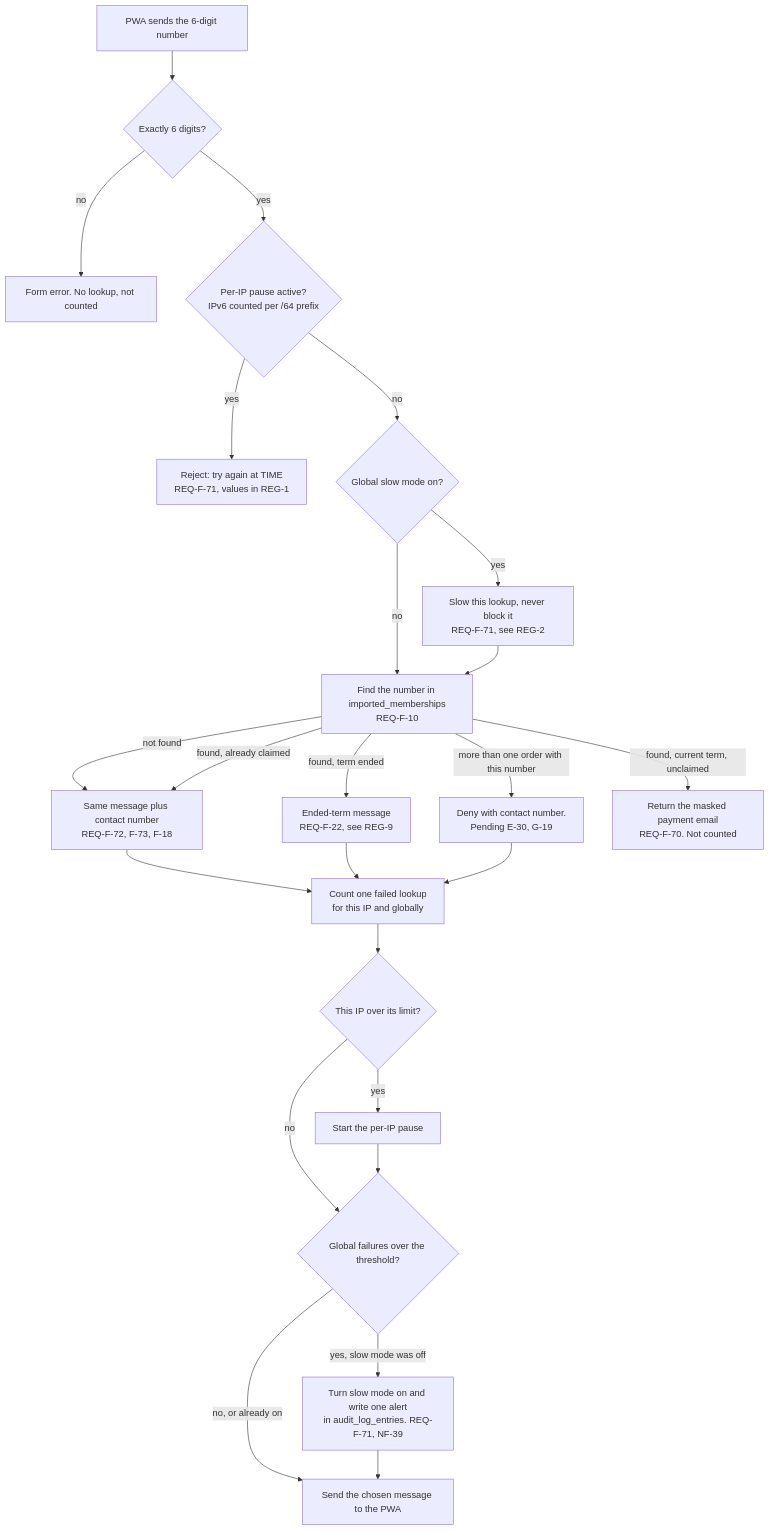
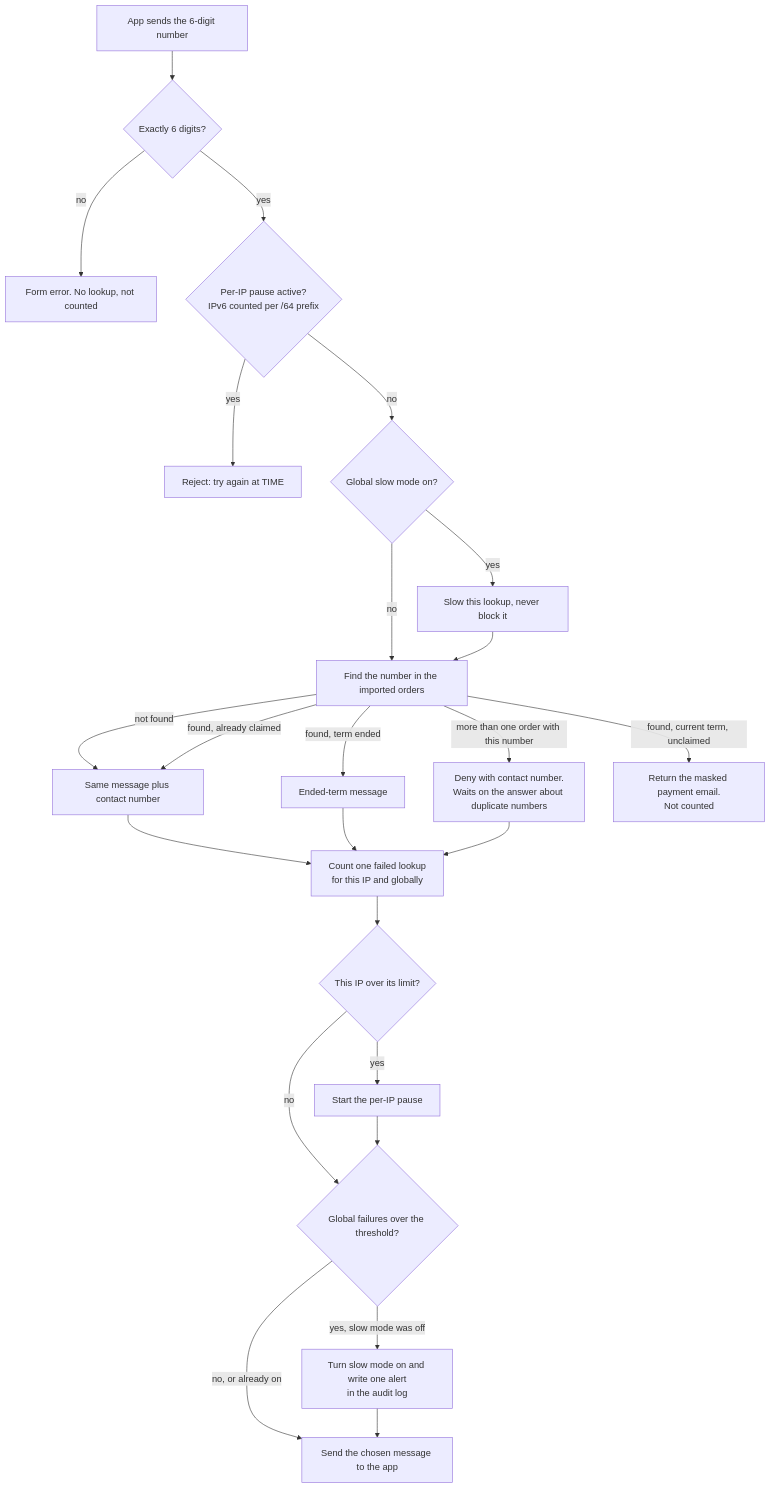
One commit to Th3-Minorities/natatorio-gym-app changed the second of 9 diagrams in docs/design/registration-flows.md. Above: the diagram before and after it, drawn with Mermaid. The commit also changed other lines of this file, not shown here.

Commit message:
Use an email link for "I am an athlete" and delete photos on undo

````diff
--- a/docs/design/registration-flows.md
+++ b/docs/design/registration-flows.md
@@ -45,26 +49,26 @@
 ```mermaid
 flowchart TD
-  IN["PWA sends the 6-digit number"] --> FMT{"Exactly 6 digits?"}
+  IN["App sends the 6-digit number"] --> FMT{"Exactly 6 digits?"}
   FMT -->|"no"| X0["Form error. No lookup, not counted"]
   FMT -->|"yes"| IPP{"Per-IP pause active?<br/>IPv6 counted per /64 prefix"}
-  IPP -->|"yes"| X1["Reject: try again at TIME<br/>REQ-F-71, values in REG-1"]
+  IPP -->|"yes"| X1["Reject: try again at TIME"]
   IPP -->|"no"| SLOW{"Global slow mode on?"}
-  SLOW -->|"yes"| WAIT["Slow this lookup, never block it<br/>REQ-F-71, see REG-2"]
+  SLOW -->|"yes"| WAIT["Slow this lookup, never block it"]
   SLOW -->|"no"| Q
-  WAIT --> Q["Find the number in imported_memberships<br/>REQ-F-10"]
-  Q -->|"not found"| FAIL["Same message plus contact number<br/>REQ-F-72, F-73, F-18"]
+  WAIT --> Q["Find the number in the imported orders"]
+  Q -->|"not found"| FAIL["Same message plus contact number"]
   Q -->|"found, already claimed"| FAIL
-  Q -->|"more than one order with this number"| DUP["Deny with contact number.<br/>Pending E-30, G-19"]
-  Q -->|"found, term ended"| ENDED["Ended-term message<br/>REQ-F-22, see REG-9"]
-  Q -->|"found, current term, unclaimed"| GOOD["Return the masked payment email<br/>REQ-F-70. Not counted"]
+  Q -->|"more than one order with this number"| DUP["Deny with contact number.<br/>Waits on the answer about duplicate numbers"]
+  Q -->|"found, term ended"| ENDED["Ended-term message"]
+  Q -->|"found, current term, unclaimed"| GOOD["Return the masked payment email.<br/>Not counted"]
   FAIL --> CNT["Count one failed lookup<br/>for this IP and globally"]
   ENDED --> CNT
   DUP --> CNT
   CNT --> T1{"This IP over its limit?"}
   T1 -->|"yes"| P1["Start the per-IP pause"]
   T1 -->|"no"| T2
   P1 --> T2{"Global failures over the threshold?"}
-  T2 -->|"yes, slow mode was off"| P2["Turn slow mode on and write one alert<br/>in audit_log_entries. REQ-F-71, NF-39"]
-  T2 -->|"no, or already on"| RESP["Send the chosen message to the PWA"]
+  T2 -->|"yes, slow mode was off"| P2["Turn slow mode on and write one alert<br/>in the audit log"]
+  T2 -->|"no, or already on"| RESP["Send the chosen message to the app"]
   P2 --> RESP
 ```
````
